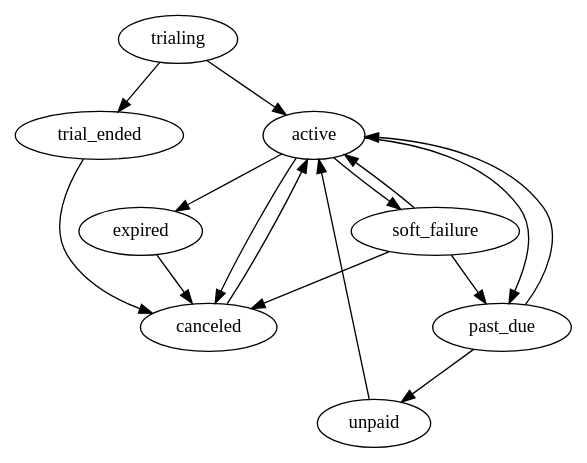
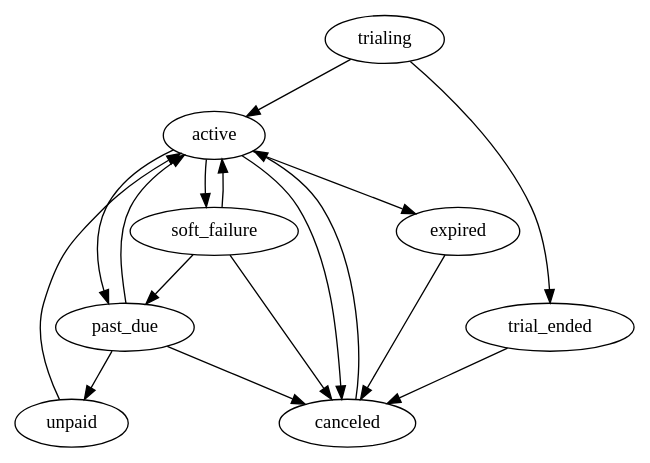
The diagram in subscription-states/subscription_states.dot (wsmoak/chargify-examples), drawn with Graphviz before and after one commit.

Commit message:
Add missing transition and re-order.

```diff
--- a/subscription-states/subscription_states.dot
+++ b/subscription-states/subscription_states.dot
@@ -1,17 +1,18 @@
 digraph subscription_states {
  trialing -> active;
+ trialing -> trial_ended;
+ trial_ended -> canceled;
  active -> canceled;
  active -> past_due;
  active -> soft_failure;
  active -> expired;
  soft_failure -> active;
  soft_failure -> past_due;
  soft_failure -> canceled;
  past_due -> unpaid;
  past_due -> active;
+ past_due -> canceled;
  unpaid -> active;
  expired -> canceled;
  canceled -> active;
- trialing -> trial_ended;
- trial_ended -> canceled;
 }
```
